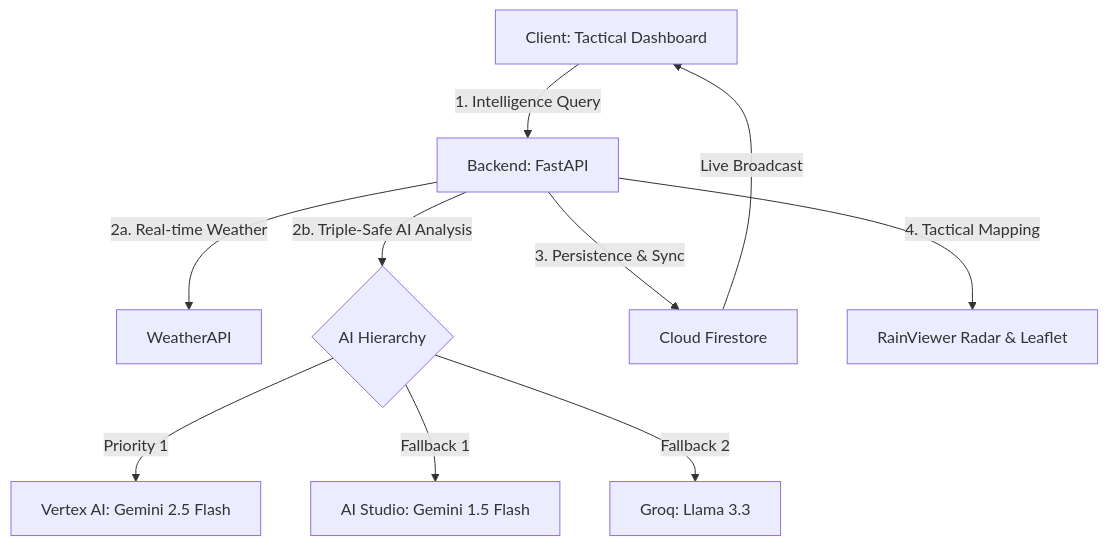
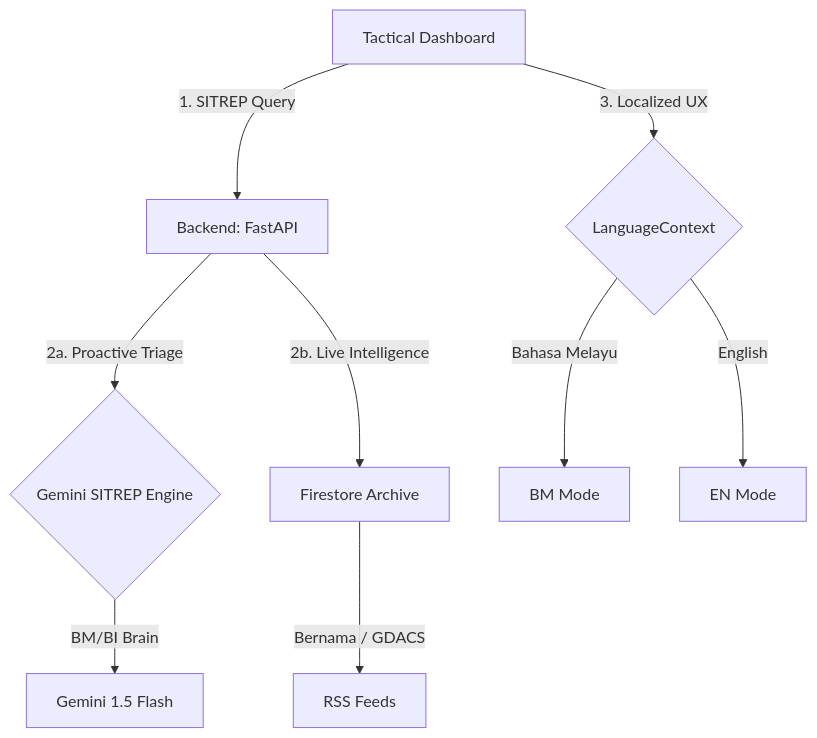
One commit to thaqifzlfth123-spec/natures-event changed the diagram in README.md. Above: the diagram before and after it, drawn with Mermaid. The commit also changed other lines of this file and 14 other files, not shown here.

````diff
--- a/README.md
+++ b/README.md
@@ -8,12 +7,11 @@
 ```mermaid
 graph TD
-    A[Client: Tactical Dashboard] -- "1. Intelligence Query" --> B[Backend: FastAPI]
-    B -- "2a. Real-time Weather" --> C[WeatherAPI]
-    B -- "2b. Triple-Safe AI Analysis" --> D{AI Hierarchy}
-    D -- "Priority 1" --> E[Vertex AI: Gemini 2.5 Flash]
-    D -- "Fallback 1" --> F[AI Studio: Gemini 1.5 Flash]
-    D -- "Fallback 2" --> G[Groq: Llama 3.3]
-    B -- "3. Persistence & Sync" --> H[Cloud Firestore]
-    H -- "Live Broadcast" --> A
-    B -- "4. Tactical Mapping" --> I[RainViewer Radar & Leaflet]
+    A[Tactical Dashboard] -- "1. SITREP Query" --> B[Backend: FastAPI]
+    B -- "2a. Proactive Triage" --> C{Gemini SITREP Engine}
+    C -- "BM/BI Brain" --> D[Gemini 1.5 Flash]
+    B -- "2b. Live Intelligence" --> E[Firestore Archive]
+    E -- "Bernama / GDACS" --> F[RSS Feeds]
+    A -- "3. Localized UX" --> G{LanguageContext}
+    G -- "Bahasa Melayu" --> H[BM Mode]
+    G -- "English" --> I[EN Mode]
 ```
````
